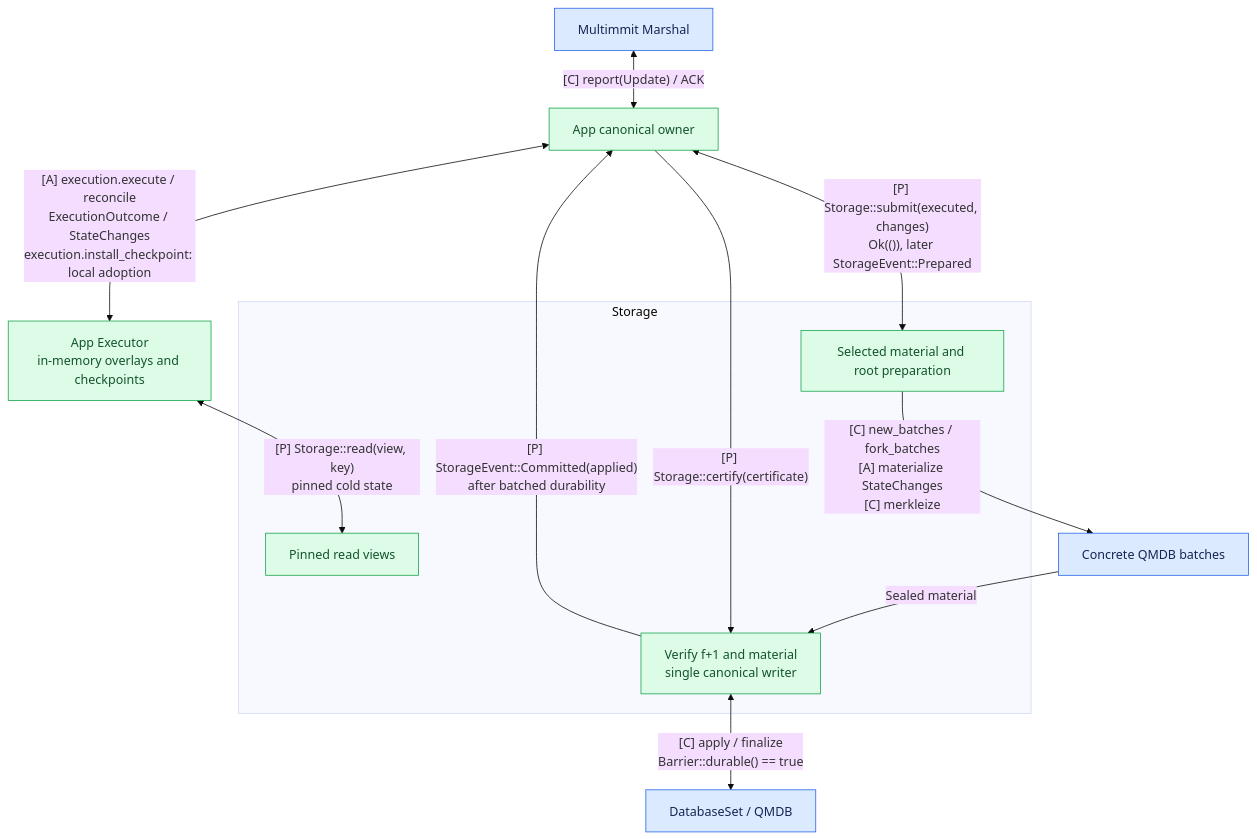
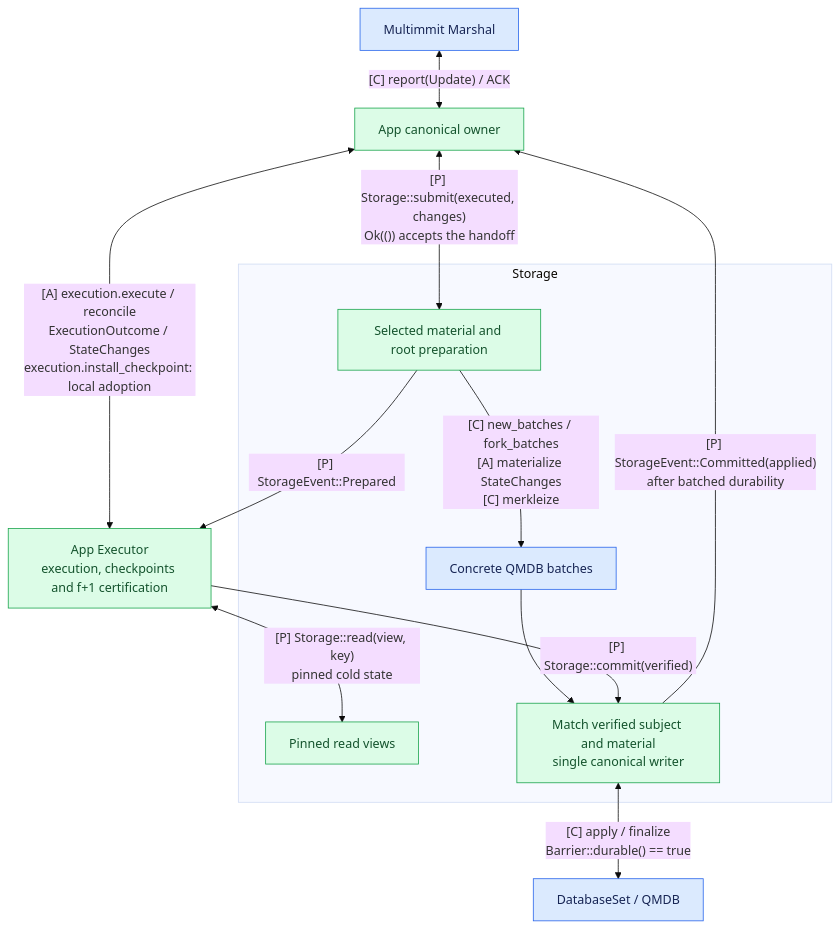
Before and after one commit to djm07073/baton: the first of 2 diagrams in docs/04-reference/03-qmdb.md, drawn with Mermaid (base theme). The commit also changed other lines of this file and 175 other files, not shown here.

Commit message:
docs: visualize Baton flows and clarify executor certification

````diff
--- a/docs/04-reference/03-qmdb.md
+++ b/docs/04-reference/03-qmdb.md
@@ -17,21 +17,23 @@
 ```mermaid
 flowchart TB
     M["Multimmit Marshal"] <-->|"[C] report(Update) / ACK"| A["App canonical owner"]
-    A <-->|"[A] execution.execute / reconcile<br/>ExecutionOutcome / StateChanges<br/>execution.install_checkpoint: local adoption"| E["App Executor<br/>in-memory overlays and checkpoints"]
+    A <-->|"[A] execution.execute / reconcile<br/>ExecutionOutcome / StateChanges<br/>execution.install_checkpoint: local adoption"| E["App Executor<br/>execution, checkpoints and f+1 certification"]
     subgraph S["Storage"]
         R["Pinned read views"]
         P["Selected material and root preparation"]
-        W["Verify f+1 and material<br/>single canonical writer"]
+        B["Concrete QMDB batches"]
+        W["Match verified subject and material<br/>single canonical writer"]
     end
-    A <-->|"[P] Storage::submit(executed, changes)<br/>Ok(()), later StorageEvent::Prepared"| P
-    P -->|"[C] new_batches / fork_batches<br/>[A] materialize StateChanges<br/>[C] merkleize"| B["Concrete QMDB batches"]
-    B -->|"Sealed material"| W
-    A -->|"[P] Storage::certify(certificate)"| W
+    A <-->|"[P] Storage::submit(executed, changes)<br/>Ok(()) accepts the handoff"| P
+    P -->|"[P] StorageEvent::Prepared"| E
+    P -->|"[C] new_batches / fork_batches<br/>[A] materialize StateChanges<br/>[C] merkleize"| B
+    B --> W
+    E -->|"[P] Storage::commit(verified)"| W
     W <-->|"[C] apply / finalize<br/>Barrier::durable() == true"| D["DatabaseSet / QMDB"]
     W -->|"[P] StorageEvent::Committed(applied)<br/>after batched durability"| A
     E <-->|"[P] Storage::read(view, key)<br/>pinned cold state"| R
     classDef reuse fill:#dbeafe,stroke:#2563eb,color:#172554;
     classDef fresh fill:#dcfce7,stroke:#16a34a,color:#14532d;
     class M,B,D reuse;
     class A,E,R,P,W fresh;
 ```
````
